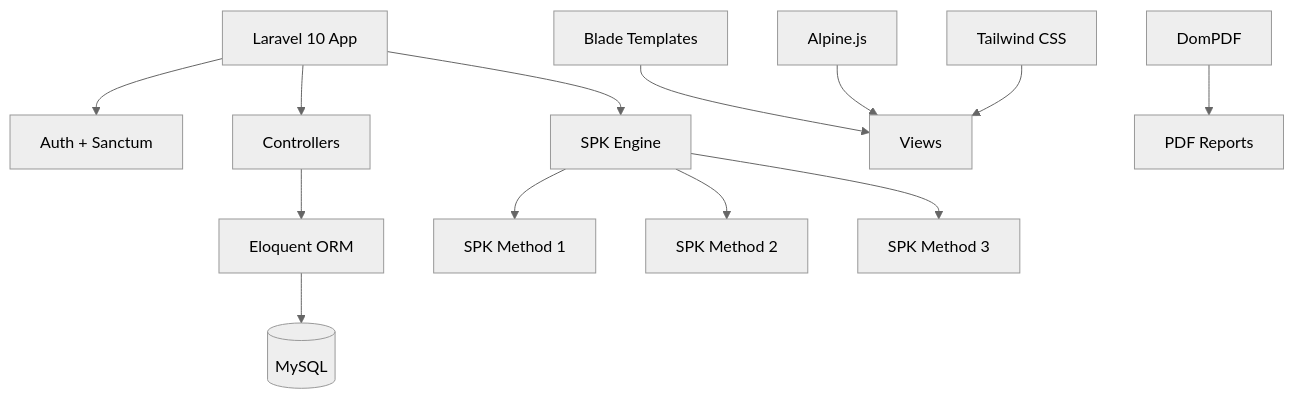
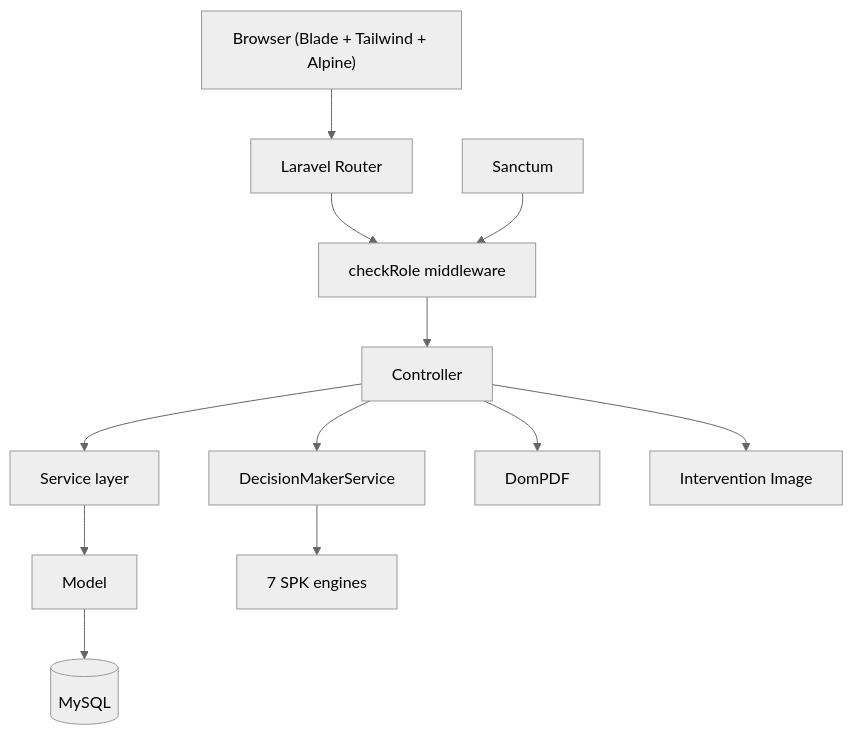
The first of 4 diagrams in src/content/projects/saturt.mdx (raihanachmad8/portofolio), drawn with Mermaid (neutral theme) before and after one commit. The commit also changed other lines of this file and 16 other files, not shown here.

First line of the commit message:
feat: enrich all 11 project MDX with verified data and diagrams

````diff
--- a/src/content/projects/saturt.mdx
+++ b/src/content/projects/saturt.mdx
@@ -56,15 +52,14 @@
 ```mermaid
 flowchart TD
-    A["Laravel 10 App"] --> B["Auth + Sanctum"]
-    A --> C["Controllers"]
-    A --> D["SPK Engine"]
-    C --> E["Eloquent ORM"]
-    D --> F["SPK Method 1"]
-    D --> G["SPK Method 2"]
-    D --> H["SPK Method 3"]
-    E --> I[("MySQL")]
-    J["Blade Templates"] --> K["Views"]
-    L["Alpine.js"] --> K
-    M["Tailwind CSS"] --> K
-    N["DomPDF"] --> O["PDF Reports"]
+    A["Browser (Blade + Tailwind + Alpine)"] --> B["Laravel Router"]
+    B --> C["checkRole middleware"]
+    C --> D["Controller"]
+    D --> E["Service layer"]
+    E --> F["Model"]
+    F --> G[("MySQL")]
+    D --> H["DecisionMakerService"]
+    H --> I["7 SPK engines"]
+    D --> J["DomPDF"]
+    D --> K["Intervention Image"]
+    L["Sanctum"] --> C
 ```
````
